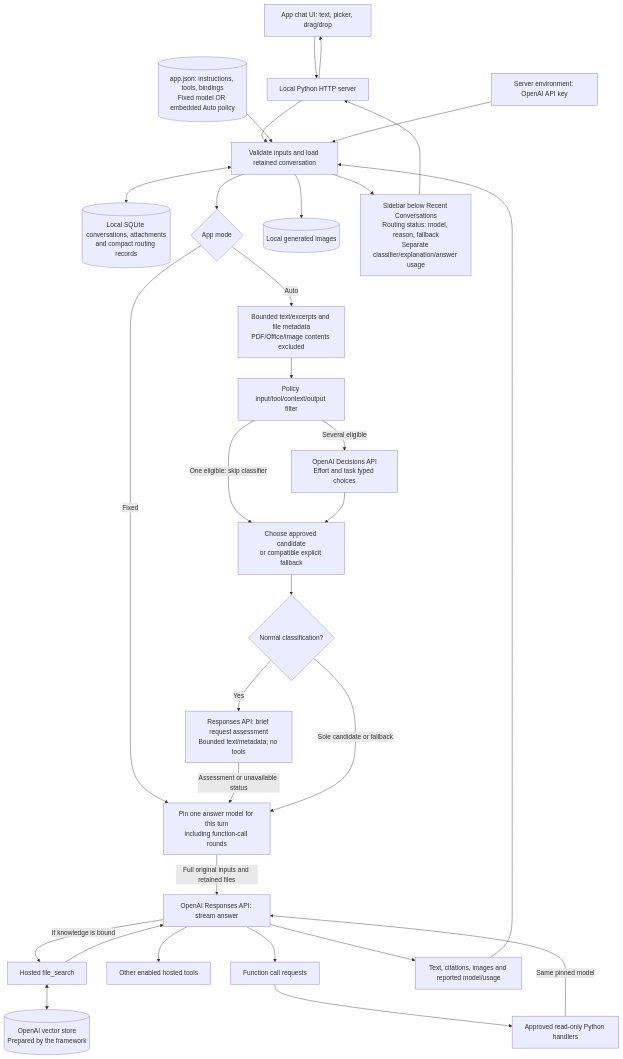
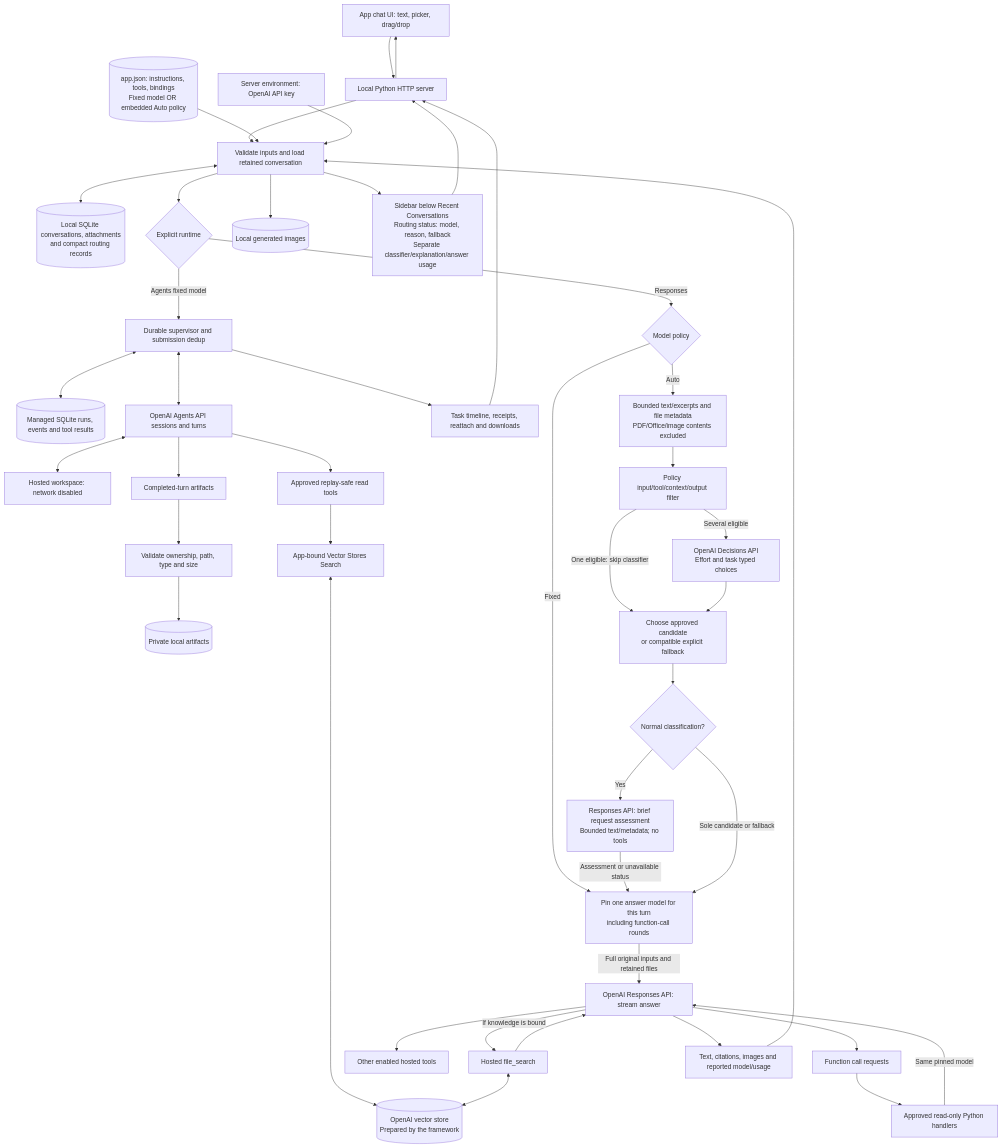
One commit to skarlekar/ai-app-studio changed the second of 2 diagrams in README.md. Above: the diagram before and after it, drawn with Mermaid. The commit also changed other lines of this file and 37 other files, not shown here.

Commit message:
feat: expose managed workshop in Studio and portable app exports

````diff
--- a/README.md
+++ b/README.md
@@ -602,33 +641,46 @@
 ```mermaid
 flowchart TD
     Browser[App chat UI: text, picker, drag/drop] --> HTTP[Local Python HTTP server]
     HTTP --> Runtime[Validate inputs and load retained conversation]
     Manifest[(app.json: instructions, tools, bindings<br/>Fixed model OR embedded Auto policy)] --> Runtime
     Environment[Server environment: OpenAI API key] --> Runtime
     Runtime <--> SQLite[(Local SQLite conversations, attachments<br/>and compact routing records)]
-    Runtime --> Mode{App mode}
+    Runtime --> Adapter{Explicit runtime}
+    Adapter -->|Responses| Mode{Model policy}
+    Adapter -->|Agents fixed model| Supervisor[Durable supervisor and submission dedup]
+    Supervisor <--> Runs[(Managed SQLite runs, events and tool results)]
+    Supervisor <--> Agents[OpenAI Agents API sessions and turns]
+    Agents <--> Sandbox[Hosted workspace: network disabled]
+    Agents --> Function[Approved replay-safe read tools]
+    Function --> Search[App-bound Vector Stores Search]
+    Search <--> Knowledge
+    Agents --> Artifacts[Completed-turn artifacts]
+    Artifacts --> SafeFiles[Validate ownership, path, type and size]
+    SafeFiles --> Downloads[(Private local artifacts)]
+    Supervisor --> ManagedUI[Task timeline, receipts, reattach and downloads]
+    ManagedUI --> HTTP
     Mode -->|Fixed| Pin[Pin one answer model for this turn<br/>including function-call rounds]
     Mode -->|Auto| Evidence[Bounded text/excerpts and file metadata<br/>PDF/Office/image contents excluded]
     Evidence --> Filter[Policy input/tool/context/output filter]
     Filter -->|Several eligible| Decisions[OpenAI Decisions API<br/>Effort and task typed choices]
     Filter -->|One eligible: skip classifier| Select[Choose approved candidate<br/>or compatible explicit fallback]
     Decisions --> Select
     Select --> ExplainWhen{Normal classification?}
     ExplainWhen -->|Yes| Explain[Responses API: brief request assessment<br/>Bounded text/metadata; no tools]
     Explain -->|Assessment or unavailable status| Pin
     ExplainWhen -->|Sole candidate or fallback| Pin
     Pin -->|Full original inputs and retained files| Responses[OpenAI Responses API: stream answer]
     Responses -->|If knowledge is bound| FileSearch[Hosted file_search]
     FileSearch <--> Knowledge[(OpenAI vector store<br/>Prepared by the framework)]
     FileSearch --> Responses
     Responses --> Hosted[Other enabled hosted tools]
     Responses --> Calls[Function call requests]
     Calls --> Registry[Approved read-only Python handlers]
     Registry -->|Same pinned model| Responses
     Responses --> Results[Text, citations, images and reported model/usage]
     Results --> Runtime
     Runtime --> Assets[(Local generated images)]
     Runtime --> Status[Sidebar below Recent Conversations<br/>Routing status: model, reason, fallback<br/>Separate classifier/explanation/answer usage]
     Status --> HTTP
     HTTP --> Browser
 ```
````
